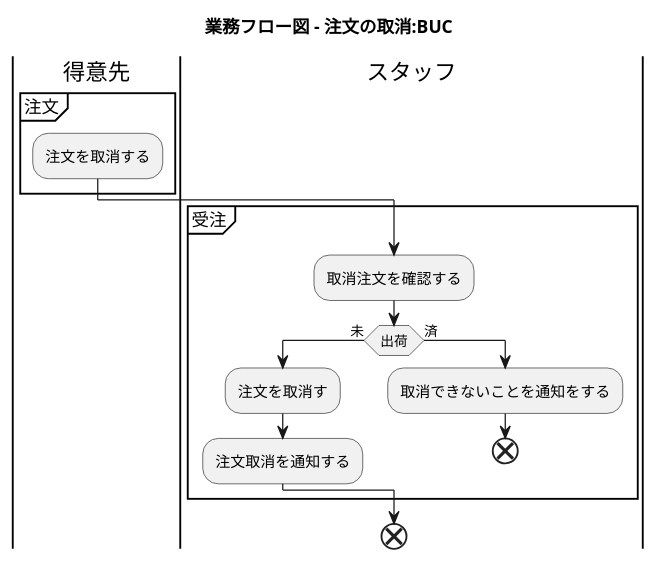
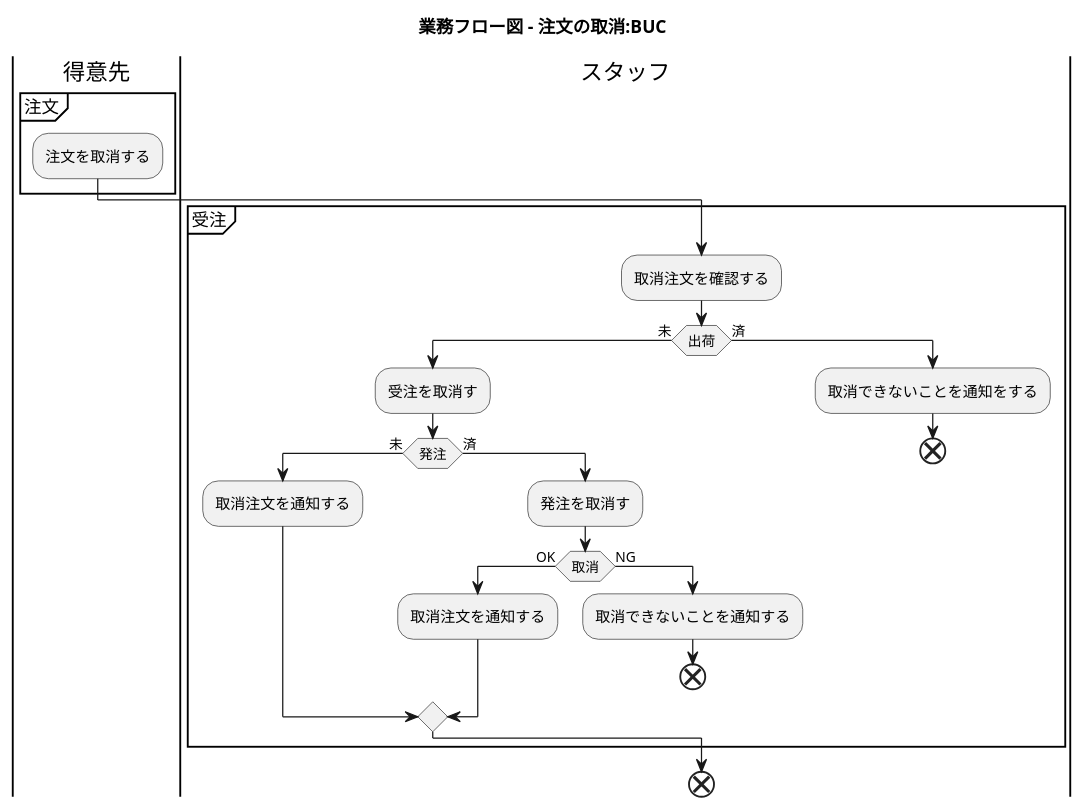
One commit to k2works/application_programing_excercise_2022 changed the tenth of 57 diagrams in docs/index.adoc. Above: the diagram before and after it, drawn with PlantUML. The commit also changed other lines of this file, not shown here.

```diff
--- a/docs/index.adoc
+++ b/docs/index.adoc
@@ -403,27 +403,37 @@
 [plantuml]
 ----
 @startuml
 
 title 業務フロー図 - 注文の取消:BUC
 
 |得意先|
 partition 注文 {
 :注文を取消する;
 }
 partition 受注 {
     |スタッフ|
     :取消注文を確認する;
     if (出荷) then (未)
      |スタッフ|
-     :注文を取消す;
-     :注文取消を通知する;
+     :受注を取消す;
+     if (発注) then (未)
+        :取消注文を通知する;
+     else (済)
+        :発注を取消す;
+        if (取消) then (OK)
+            :取消注文を通知する;
+        else (NG)
+            :取消できないことを通知する;
+            end
+        endif
+     endif
     else (済)
      |スタッフ|
      :取消できないことを通知をする;
      end
     endif
 }
 end
 
 @enduml
 ----
```
